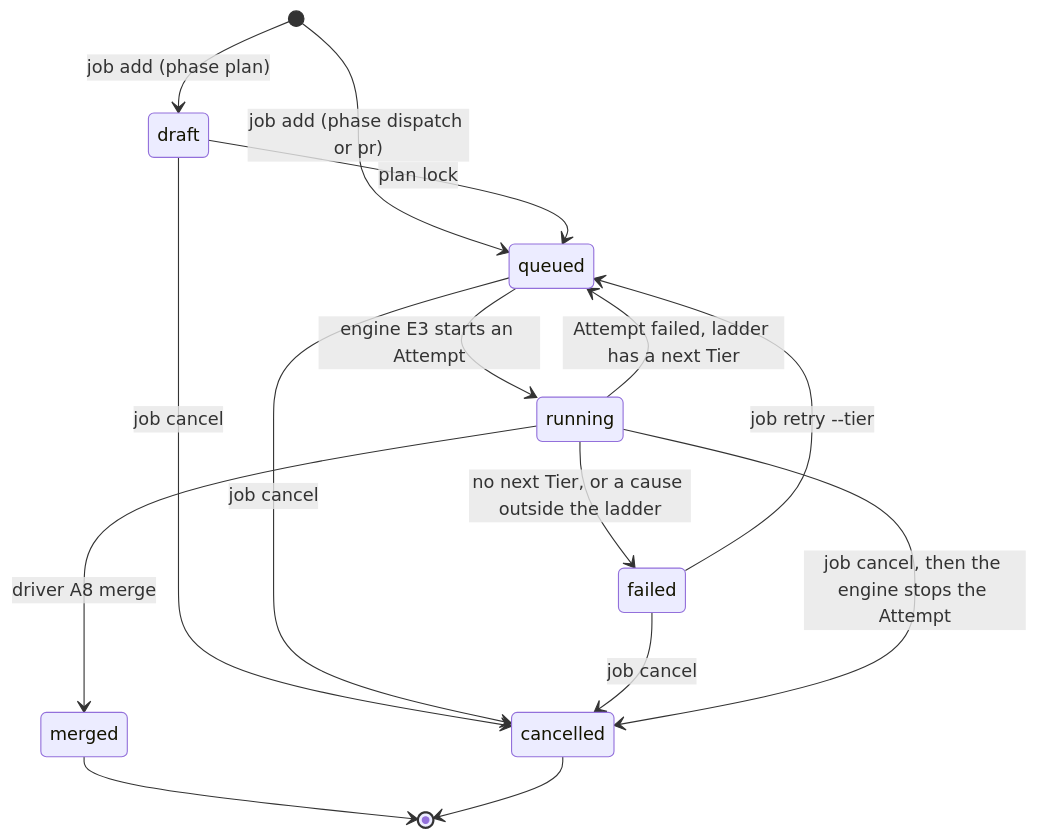
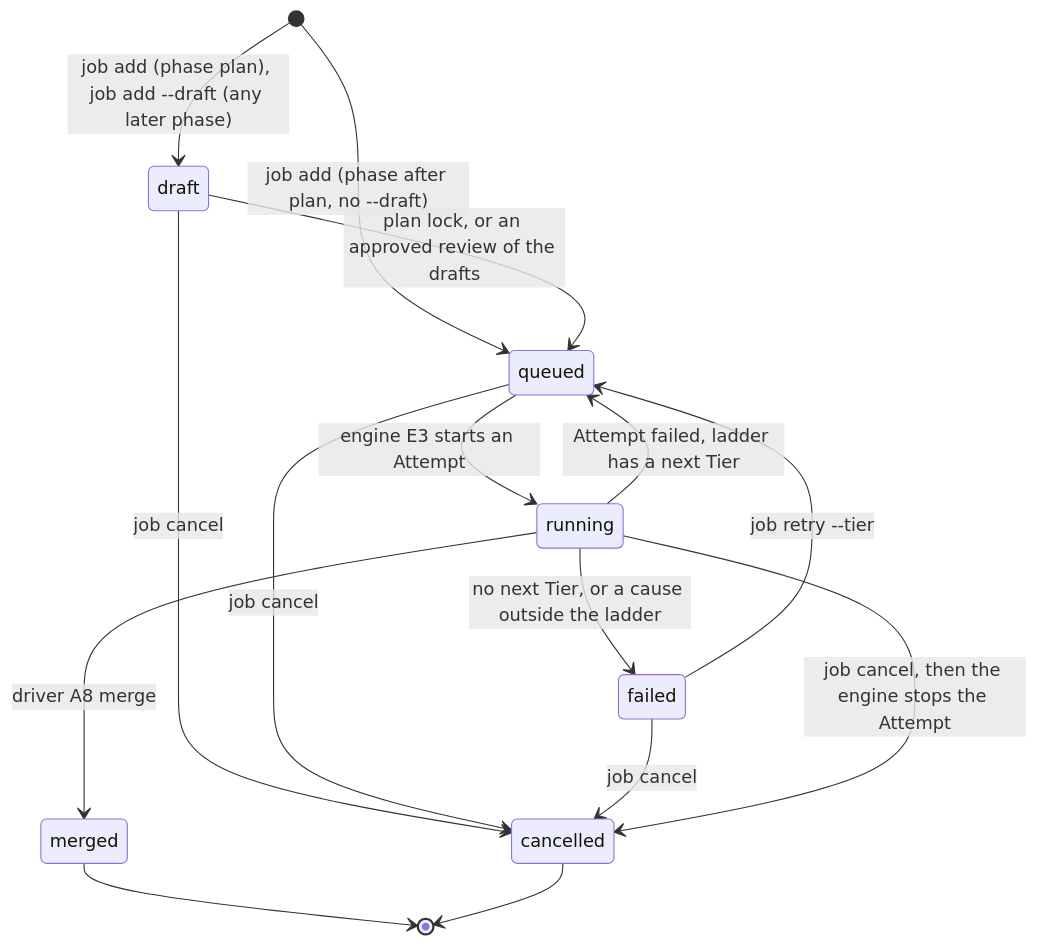
Before and after one commit to clayton-duarte/cpd: the third of 5 diagrams in docs/contract.md, drawn with Mermaid. The commit also changed other lines of this file, not shown here.

Commit message:
contract: draft Jobs in a running Plan (hs-d173, hs-d174, hs-d179)

````diff
--- a/docs/contract.md
+++ b/docs/contract.md
@@ -455,17 +457,17 @@
 ```mermaid
 stateDiagram-v2
-  [*] --> draft: job add (phase plan)
-  [*] --> queued: job add (phase dispatch or pr)
-  draft --> queued: plan lock
+  [*] --> draft: job add (phase plan), job add --draft (any later phase)
+  [*] --> queued: job add (phase after plan, no --draft)
+  draft --> queued: plan lock, or an approved review of the drafts
   queued --> running: engine E3 starts an Attempt
   running --> merged: driver A8 merge
   running --> queued: Attempt failed, ladder has a next Tier
   running --> failed: no next Tier, or a cause outside the ladder
   failed --> queued: job retry --tier
   draft --> cancelled: job cancel
   queued --> cancelled: job cancel
   failed --> cancelled: job cancel
   running --> cancelled: job cancel, then the engine stops the Attempt
   merged --> [*]
   cancelled --> [*]
 ```
````
